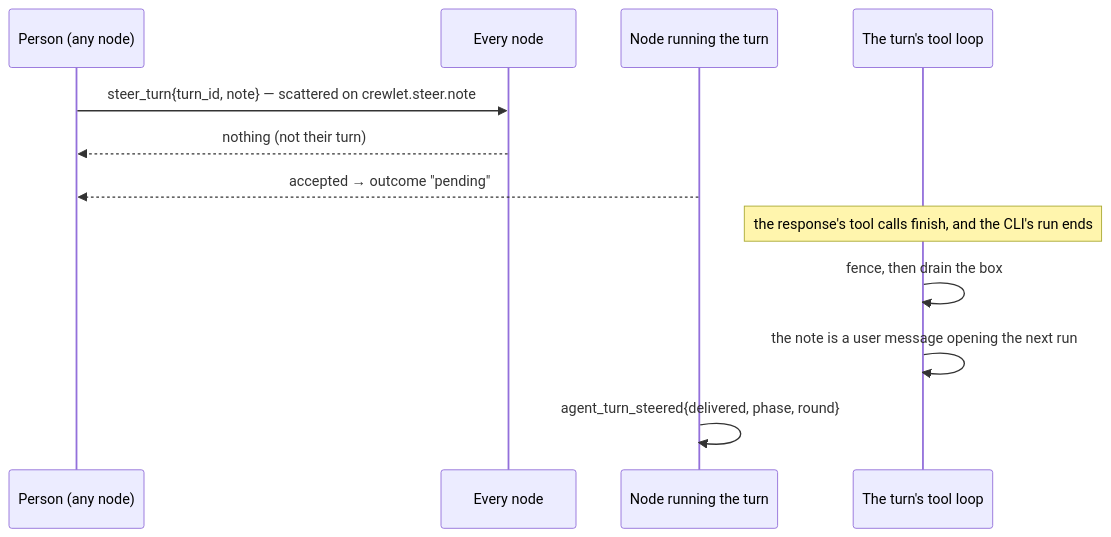
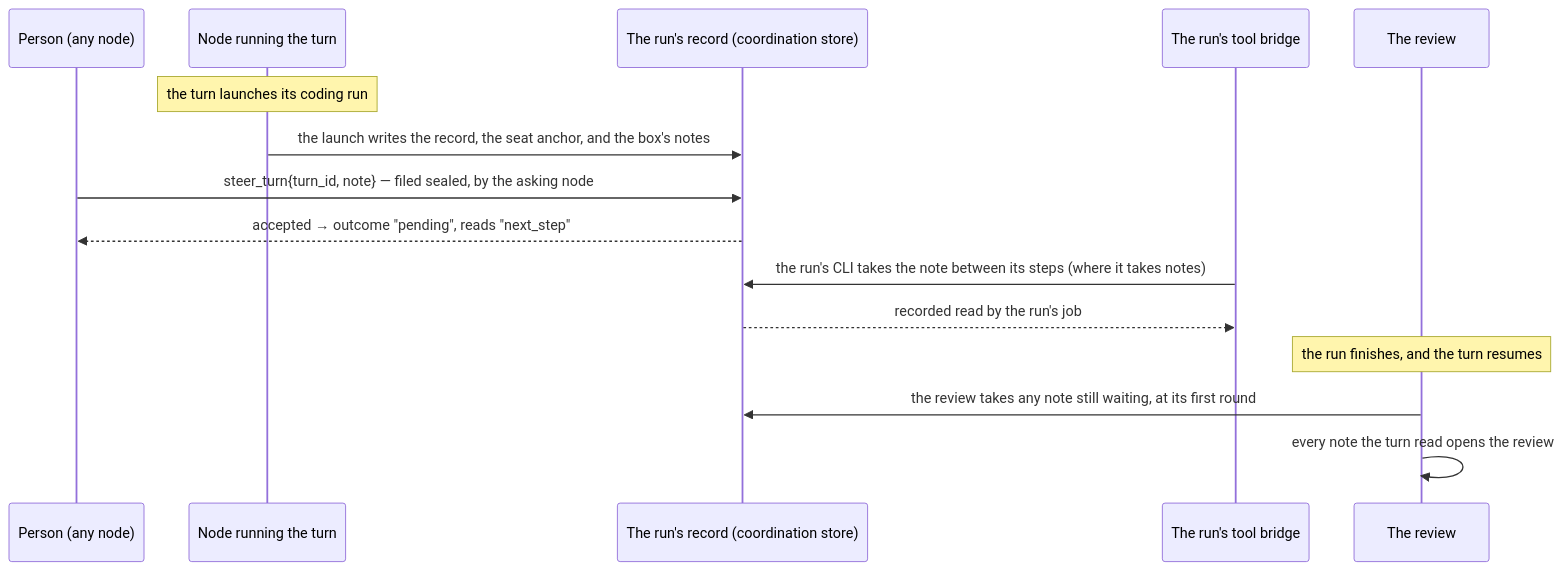
The second of 2 diagrams in docs/concepts/turn-engine.md (crewlet/crewlet), drawn with Mermaid before and after one commit. The commit also changed other lines of this file and 354 other files, not shown here.

````diff
--- a/docs/concepts/turn-engine.md
+++ b/docs/concepts/turn-engine.md
@@ -733,14 +756,17 @@
 ```mermaid
 sequenceDiagram
     participant P as Person (any node)
-    participant F as Every node
     participant N as Node running the turn
-    participant L as The turn's tool loop
-    P->>F: steer_turn{turn_id, note} — scattered on crewlet.steer.note
-    F-->>P: nothing (not their turn)
-    N-->>P: accepted → outcome "pending"
-    Note over L: the response's tool calls finish, and the CLI's run ends
-    L->>L: fence, then drain the box
-    L->>L: the note is a user message opening the next run
-    N->>N: agent_turn_steered{delivered, phase, round}
+    participant C as The run's record (coordination store)
+    participant B as The run's tool bridge
+    participant R as The review
+    Note over N: the turn launches its coding run
+    N->>C: the launch writes the record, the seat anchor, and the box's notes
+    P->>C: steer_turn{turn_id, note} — filed sealed, by the asking node
+    C-->>P: accepted → outcome "pending", reads "next_step"
+    B->>C: the run's CLI takes the note between its steps (where it takes notes)
+    C-->>B: recorded read by the run's job
+    Note over R: the run finishes, and the turn resumes
+    R->>C: the review takes any note still waiting, at its first round
+    R->>R: every note the turn read opens the review
 ```
````
